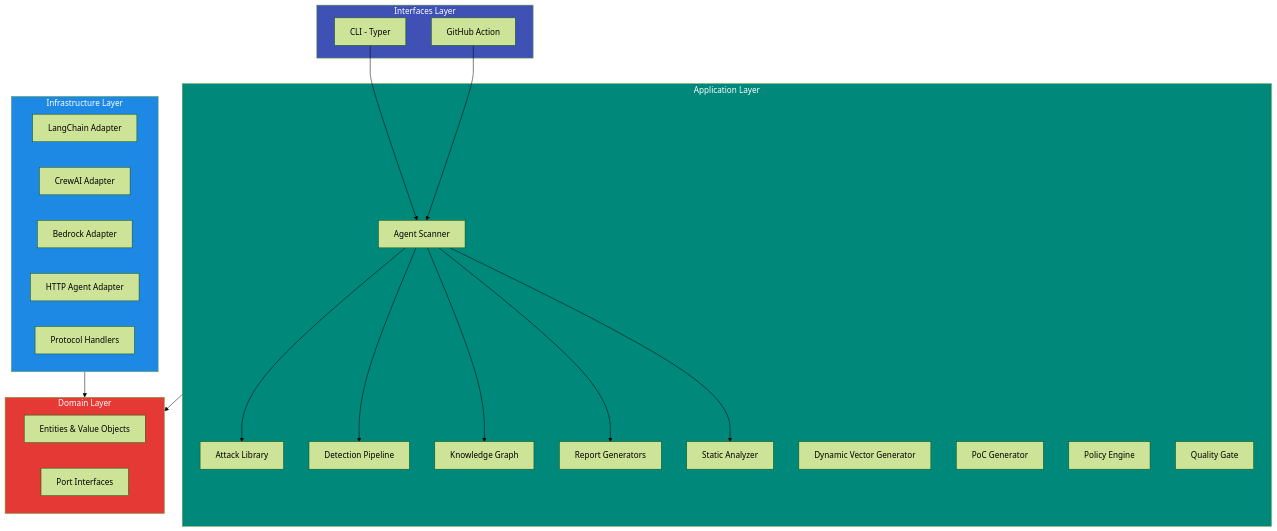
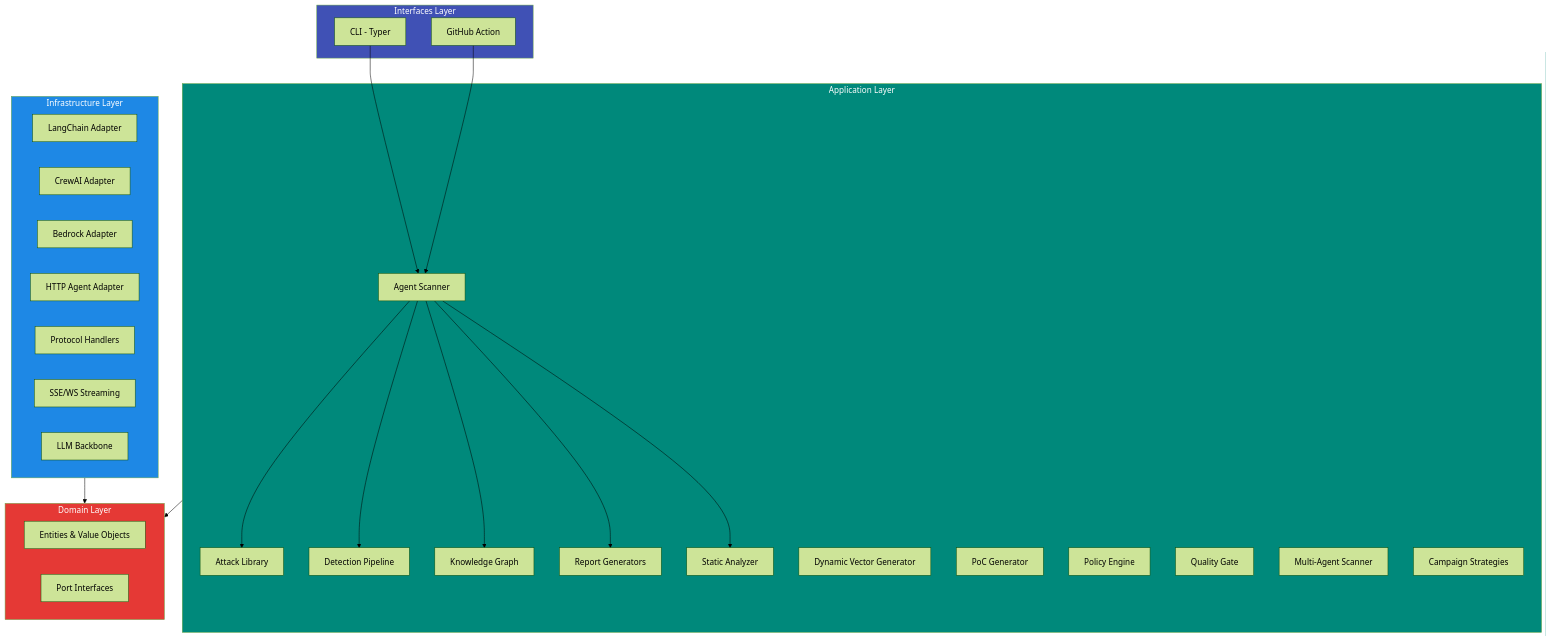
One commit to taoq-ai/ziran changed the diagram in docs/concepts/architecture.md. Above: the diagram before and after it, drawn with Mermaid (forest theme). The commit also changed other lines of this file and 10 other files, not shown here.

````diff
--- a/docs/concepts/architecture.md
+++ b/docs/concepts/architecture.md
@@ -7,48 +7,52 @@
 ```mermaid
 graph TB
     subgraph Interfaces["Interfaces Layer"]
         CLI[CLI - Typer]
         GHA[GitHub Action]
     end
 
     subgraph Application["Application Layer"]
         Scanner[Agent Scanner]
         Library[Attack Library]
         Detectors[Detection Pipeline]
         KG[Knowledge Graph]
         Reports[Report Generators]
         SA[Static Analyzer]
         DV[Dynamic Vector Generator]
         PoC[PoC Generator]
         PE[Policy Engine]
         QG[Quality Gate]
+        MA[Multi-Agent Scanner]
+        ST[Campaign Strategies]
     end
 
     subgraph Domain["Domain Layer"]
         Entities[Entities & Value Objects]
         Interfaces2[Port Interfaces]
     end
 
     subgraph Infrastructure["Infrastructure Layer"]
         LC[LangChain Adapter]
         CR[CrewAI Adapter]
         BR[Bedrock Adapter]
         HTTP[HTTP Agent Adapter]
         Protocols[Protocol Handlers]
+        SSE[SSE/WS Streaming]
+        LLM[LLM Backbone]
     end
 
     CLI --> Scanner
     GHA --> Scanner
     Scanner --> Library
     Scanner --> Detectors
     Scanner --> KG
     Scanner --> Reports
     Scanner --> SA
     Application --> Domain
     Infrastructure --> Domain
 
     style Interfaces fill:#4051B5,color:#fff
     style Application fill:#00897B,color:#fff
     style Domain fill:#E53935,color:#fff
     style Infrastructure fill:#1E88E5,color:#fff
 ```
````
